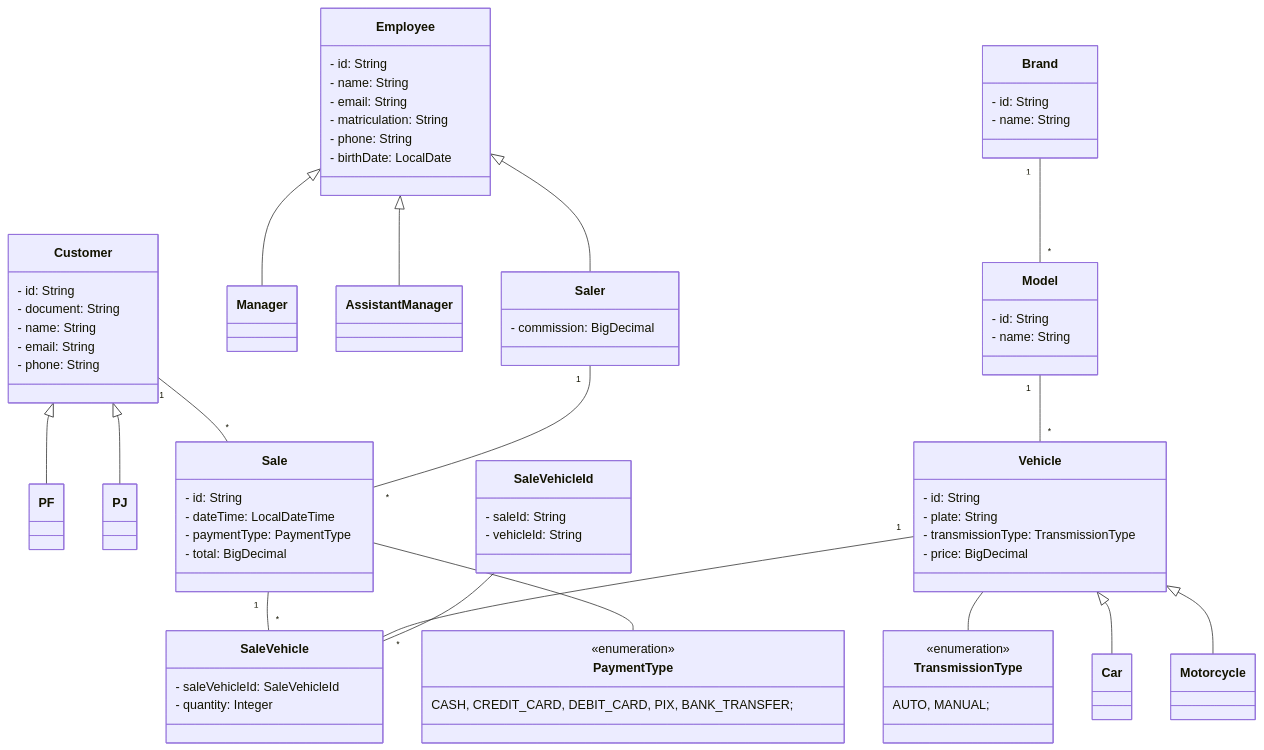
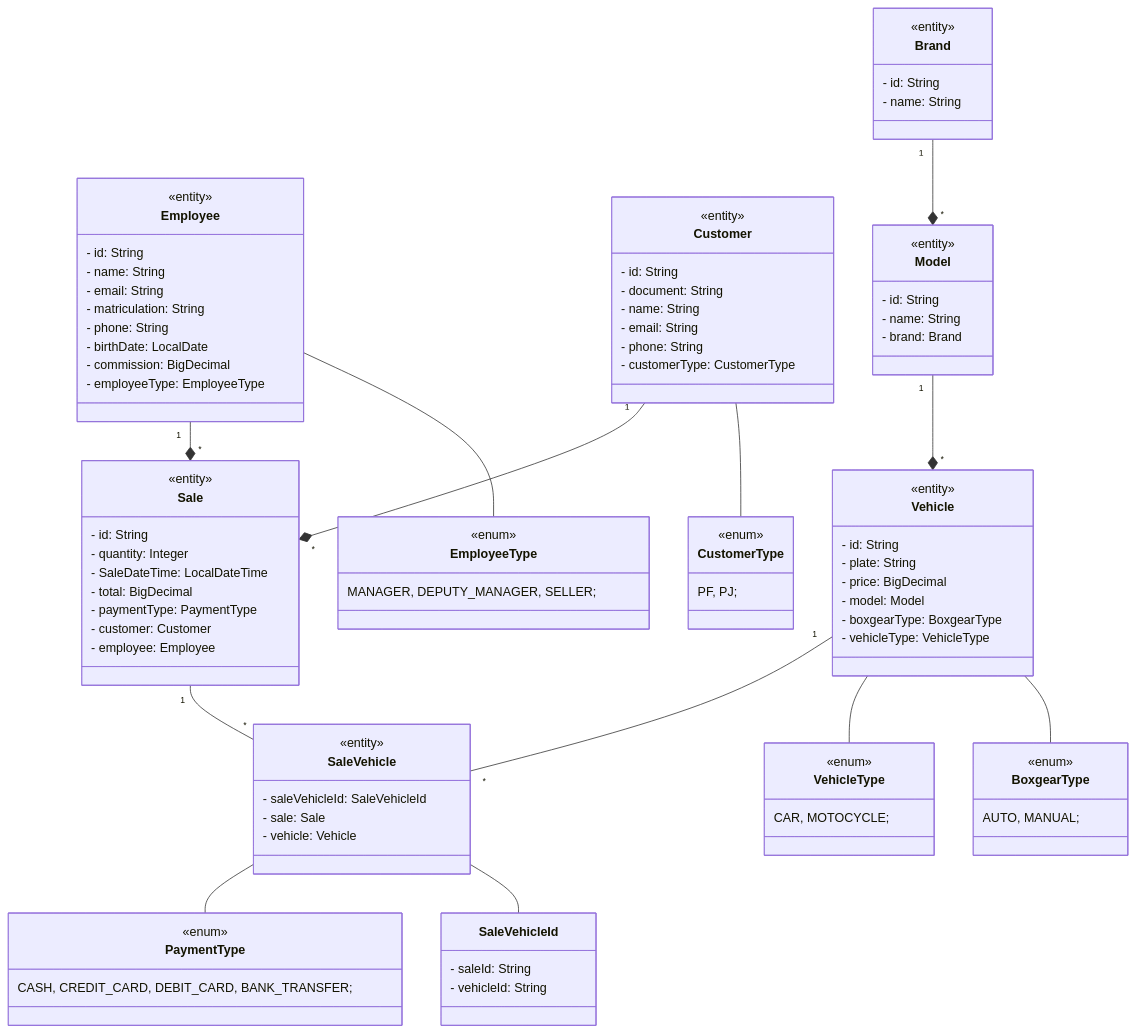
Before and after one commit to abnerjosefelixbarbosa/auto-mendes: the diagram in README.md, drawn with Mermaid. The commit also changed other lines of this file, not shown here.

````diff
--- a/README.md
+++ b/README.md
@@ -9,103 +9,111 @@
 ```mermaid
 classDiagram
-    class Customer {
-        - id: String
-        - document: String
-        - name: String
-        - email: String
-        - phone: String
-    }
 
-    class PF {
-    }
+Employee -- EmployeeType
+Customer -- CustomerType
+Vehicle -- BoxgearType
+Vehicle -- VehicleType
+SaleVehicle -- SaleVehicleId
+SaleVehicle -- PaymentType
 
-    class PJ {
-    }
+Employee "1" --* "*" Sale
+Customer "1" --* "*" Sale
+Sale "1" -- "*" SaleVehicle
+Vehicle "1" -- "*" SaleVehicle
+Model "1" --* "*" Vehicle
+Brand "1" --* "*" Model
 
-    class Employee {
-        - id: String
-        - name: String
-        - email: String
-        - matriculation: String
-        - phone: String
-        - birthDate: LocalDate
-    }
+class Customer {
+    <<entity>>
+    - id: String
+    - document: String
+    - name: String
+    - email: String
+    - phone: String 
+    - customerType: CustomerType
+}
 
-    class Manager {
-    }
+class Employee {
+    <<entity>>
+    - id: String
+    - name: String
+    - email: String
+    - matriculation: String
+    - phone: String
+    - birthDate: LocalDate
+    - commission: BigDecimal
+    - employeeType: EmployeeType
+}
 
-    class AssistantManager {
-    }
+class Sale {
+    <<entity>>
+    - id: String
+    - quantity: Integer
+    - SaleDateTime: LocalDateTime
+    - total: BigDecimal
+    - paymentType: PaymentType
+    - customer: Customer
+    - employee: Employee
+}
 
-    class Saler {
-        - commission: BigDecimal
-    }
-    
-    class Sale {
-        - id: String
-        - dateTime: LocalDateTime
-        - paymentType: PaymentType
-        - total: BigDecimal 
-    }
-    
-    class SaleVehicle {
-        - saleVehicleId: SaleVehicleId 
-        - quantity: Integer
-    }
-    
-    class SaleVehicleId {
-        - saleId: String
-        - vehicleId: String
-    } 
+class SaleVehicle {
+    <<entity>>
+    - saleVehicleId: SaleVehicleId
+    - sale: Sale
+    - vehicle: Vehicle
+}
 
-    class Vehicle {
-        - id: String
-        - plate: String
-        - transmissionType: TransmissionType
-        - price: BigDecimal
-    }
+class SaleVehicleId {
+    - saleId: String
+    - vehicleId: String
+}
 
-    class Car {
-    }
 
-    class Motorcycle {
-    }
+class Vehicle {
+    <<entity>>
+    - id: String
+    - plate: String
+    - price: BigDecimal
+    - model: Model
+    - boxgearType: BoxgearType
+    - vehicleType: VehicleType
+}
 
-    class Model {
-        - id: String
-        - name: String
-    }
+class Model {
+    <<entity>>
+    - id: String
+    - name: String
+    - brand: Brand
+}
 
-    class Brand {
-        - id: String
-        - name: String
-    }
-    
-    class PaymentType {
-        <<enumeration>>
-        CASH, CREDIT_CARD, DEBIT_CARD, PIX, BANK_TRANSFER;
-    }
-    
-    class TransmissionType {
-        <<enumeration>>
-        AUTO, MANUAL;
-    }
+class Brand {
+    <<entity>>
+    - id: String
+    - name: String
+}
 
-    Customer "1" -- "*" Sale
-    Saler "1" -- "*" Sale
-    Sale "1" -- "*" SaleVehicle
-    Vehicle "1" -- "*" SaleVehicle
-    Model "1" -- "*" Vehicle
-    Brand "1" -- "*" Model
-    SaleVehicleId  -- SaleVehicle
-    Sale -- PaymentType
-    Vehicle -- TransmissionType 
+class PaymentType {
+    <<enum>>
+    CASH, CREDIT_CARD, DEBIT_CARD, BANK_TRANSFER;
+}
 
-    Customer <|-- PF
-    Customer <|-- PJ
-    Employee <|-- Manager
-    Employee <|-- AssistantManager
-    Employee <|-- Saler
-    Vehicle <|-- Car
-    Vehicle <|-- Motorcycle
+class BoxgearType {
+     <<enum>>
+    AUTO, MANUAL;
+}
+
+class EmployeeType {
+    <<enum>>
+    MANAGER, DEPUTY_MANAGER, SELLER;
+}
+
+class CustomerType {
+    <<enum>>
+    PF, PJ;
+}
+
+class VehicleType {
+    <<enum>>
+    CAR, MOTOCYCLE;
+}
 ```
````
